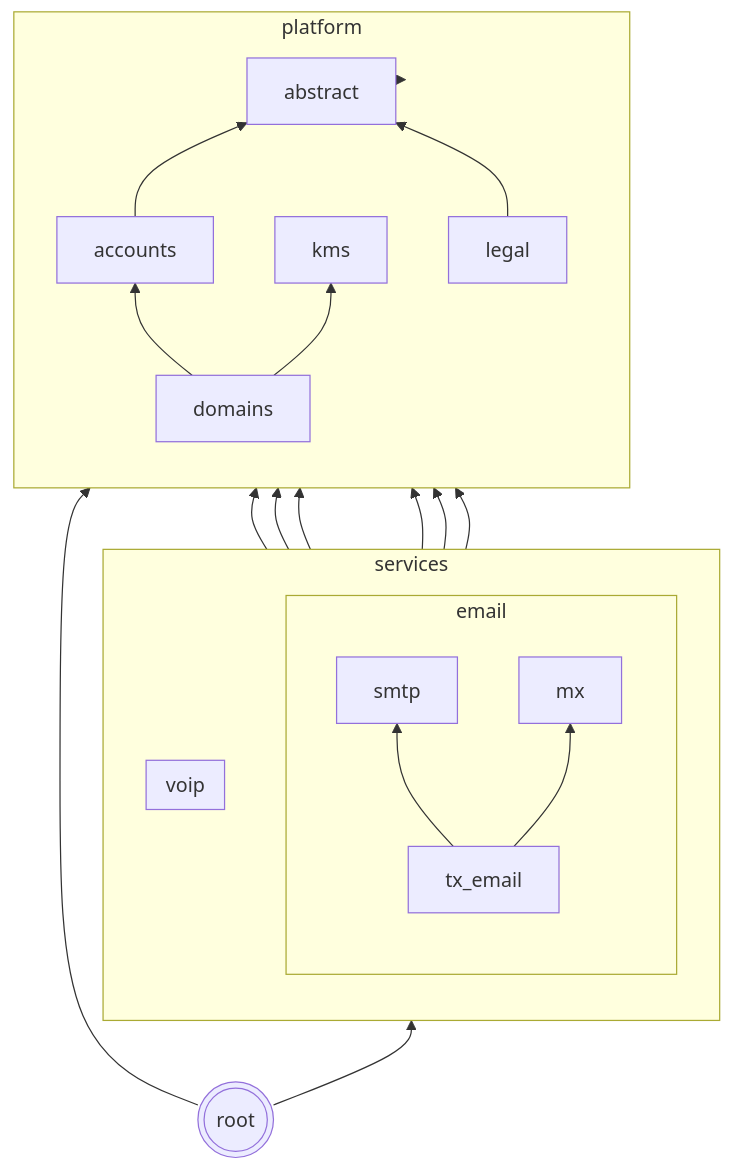
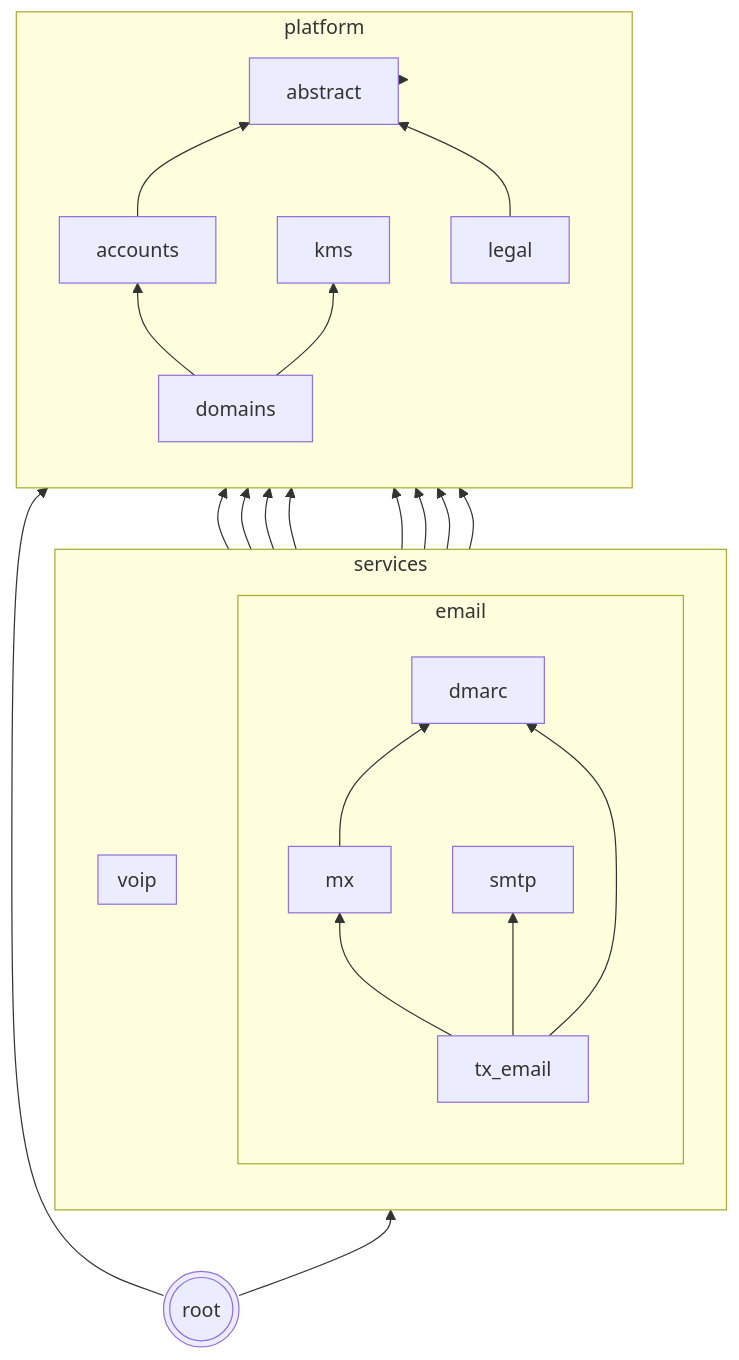
The diagram in README.md (codingjoe/relay), drawn with Mermaid before and after one commit. The commit also changed 34 other files, not shown here.

````diff
--- a/README.md
+++ b/README.md
@@ -119,39 +119,44 @@
 ```mermaid
 graph BT
  abstract[abstract];
  kms[kms];
  subgraph platform
  direction BT
  accounts
  domains
  legal
  domains --> accounts
  accounts --> abstract
  domains --> kms
  legal --> abstract
  end
  subgraph services
  direction BT
  subgraph email
  direction BT
  tx_email[tx_email]
  smtp
  mx
+ dmarc
  smtp --> accounts
  smtp --> domains
  mx --> accounts
  mx --> domains
  mx --> kms
+ mx --> dmarc
+ dmarc --> accounts
+ dmarc --> domains
  tx_email --> smtp
  tx_email --> mx
+ tx_email --> dmarc
  end
  subgraph voip
  direction BT
  end
  end
  services --> platform;
  platform --> abstract;
  root --> services;
  root --> platform;
  root(((root)))
 ```
````
